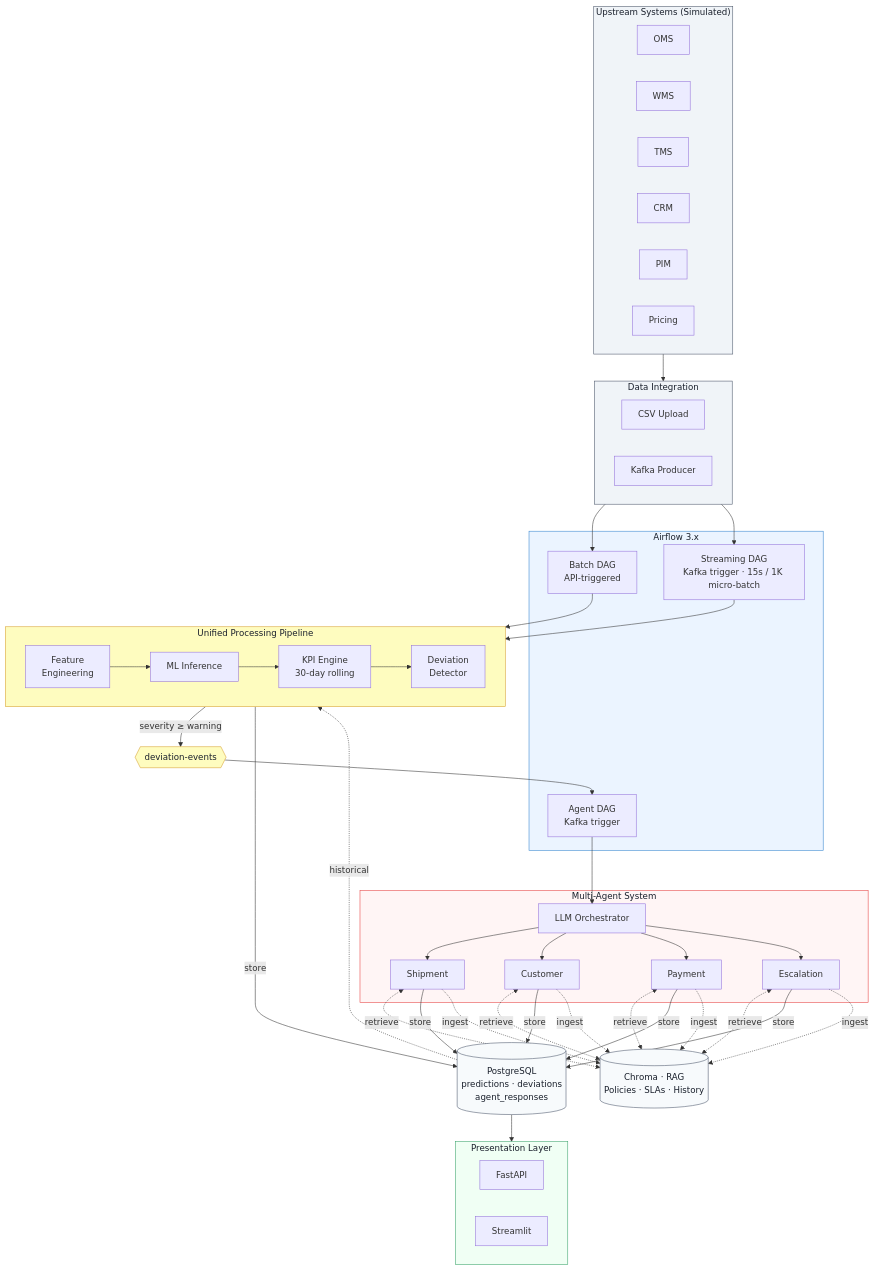
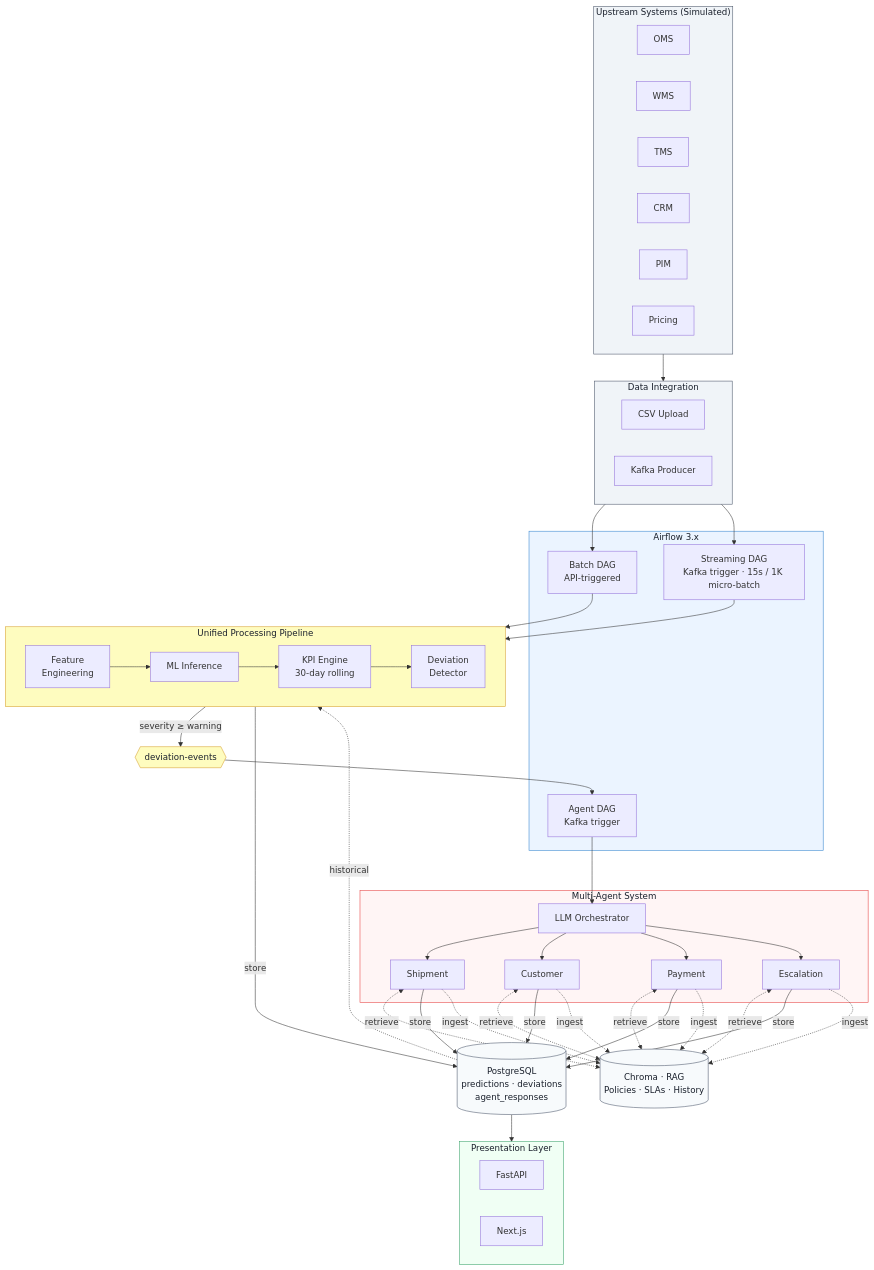
One commit to scriperdj/fulfillment_ai changed the diagram in docs/ARCHITECTURE.md. Above: the diagram before and after it, drawn with Mermaid. The commit also changed other lines of this file and 30 other files, not shown here.

````diff
--- a/docs/ARCHITECTURE.md
+++ b/docs/ARCHITECTURE.md
@@ -18,80 +18,80 @@
 ```mermaid
 flowchart TD
     subgraph UPSTREAM["Upstream Systems (Simulated)"]
         direction LR
         OMS["OMS"]
         WMS["WMS"]
         TMS["TMS"]
         CRM["CRM"]
         PIM["PIM"]
         PRICING["Pricing"]
     end
 
     subgraph INTEGRATION["Data Integration"]
         direction LR
         CSV["CSV Upload"]
         PRODUCER["Kafka Producer"]
     end
 
     subgraph AIRFLOW["Airflow 3.x"]
         BATCH_DAG["Batch DAG<br/>API-triggered"]
         STREAM_DAG["Streaming DAG<br/>Kafka trigger · 15s / 1K micro-batch"]
         AGENT_DAG["Agent DAG<br/>Kafka trigger"]
     end
 
     subgraph PIPELINE["Unified Processing Pipeline"]
         direction LR
         FE["Feature<br/>Engineering"] --> INFER["ML Inference"] --> KPIE["KPI Engine<br/>30-day rolling"] --> DETECT["Deviation<br/>Detector"]
     end
 
     PG[("PostgreSQL<br/>predictions · deviations<br/>agent_responses")]
 
     DEV_TOPIC{{"deviation-events"}}
 
     subgraph AGENTS["Multi-Agent System"]
         ORCH["LLM Orchestrator"]
         SHIP["Shipment"]
         CUST["Customer"]
         PAY["Payment"]
         ESC["Escalation"]
         ORCH --> SHIP & CUST & PAY & ESC
     end
 
     RAG[("Chroma · RAG<br/>Policies · SLAs · History")]
 
     subgraph PRESENTATION["Presentation Layer"]
         direction LR
         API["FastAPI"]
-        DASH["Streamlit"]
+        DASH["Next.js"]
     end
 
     UPSTREAM --> INTEGRATION
     CSV --> BATCH_DAG
     PRODUCER --> STREAM_DAG
     BATCH_DAG & STREAM_DAG --> PIPELINE
     PIPELINE -- store --> PG
     PG -. historical .-> KPIE
     DETECT -- severity ≥ warning --> DEV_TOPIC
     DEV_TOPIC --> AGENT_DAG
     AGENT_DAG --> ORCH
     SHIP & CUST & PAY & ESC <-. retrieve .-> RAG
     SHIP & CUST & PAY & ESC -- store --> PG
     SHIP & CUST & PAY & ESC -. ingest .-> RAG
     PG --> PRESENTATION
 
     classDef infra fill:#f0f4f8,stroke:#4a5568,color:#1a202c
     classDef orchestration fill:#ebf4ff,stroke:#3182ce,color:#1a202c
     classDef processing fill:#fefcbf,stroke:#d69e2e,color:#1a202c
     classDef agents fill:#fff5f5,stroke:#e53e3e,color:#1a202c
     classDef output fill:#f0fff4,stroke:#38a169,color:#1a202c
     classDef store fill:#f7fafc,stroke:#4a5568,color:#1a202c
     classDef event fill:#fefcbf,stroke:#d69e2e,color:#1a202c
 
     class UPSTREAM,INTEGRATION infra
     class AIRFLOW orchestration
     class PIPELINE processing
     class AGENTS agents
     class PRESENTATION output
     class PG,RAG store
     class DEV_TOPIC event
 ```
````
